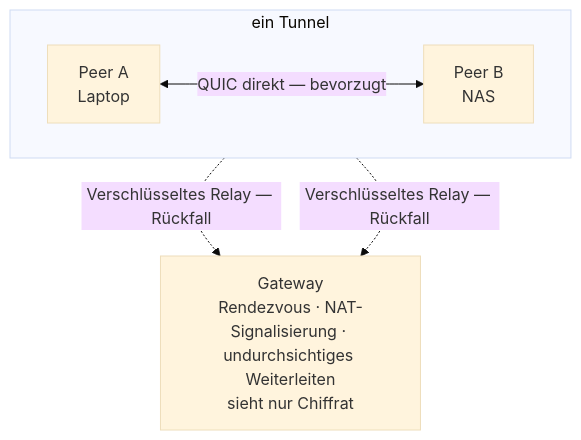
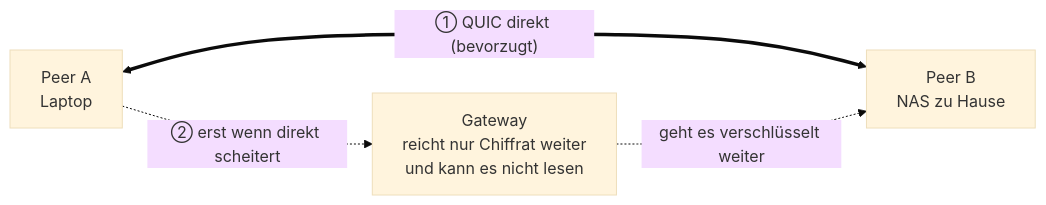
The diagram in README.de.md (lantunnel/lantunnel), drawn with Mermaid (base theme) before and after one commit. The commit also changed 6 other files, not shown here.

First line of the commit message:
docs: redraw the topology diagram so it reads at a glance

````diff
--- a/README.de.md
+++ b/README.de.md
@@ -71,12 +71,9 @@
 ```mermaid
-flowchart TB
-    subgraph tunnel["ein Tunnel"]
-        direction LR
-        A["Peer A<br/>Laptop"]
-        B["Peer B<br/>NAS"]
-        A <-->|"QUIC direkt — bevorzugt"| B
-    end
-    A -.->|"Verschlüsseltes Relay — Rückfall"| GW
-    B -.->|"Verschlüsseltes Relay — Rückfall"| GW
-    GW["Gateway<br/>Rendezvous · NAT-Signalisierung · undurchsichtiges Weiterleiten<br/>sieht nur Chiffrat"]
+flowchart LR
+    A["Peer A<br/>Laptop"]
+    B["Peer B<br/>NAS zu Hause"]
+    GW["Gateway<br/>reicht nur Chiffrat weiter<br/>und kann es nicht lesen"]
+    A <== "① QUIC direkt (bevorzugt)" ==> B
+    A -. "② erst wenn direkt scheitert" .-> GW
+    GW -. "geht es verschlüsselt weiter" .-> B
 ```
````
